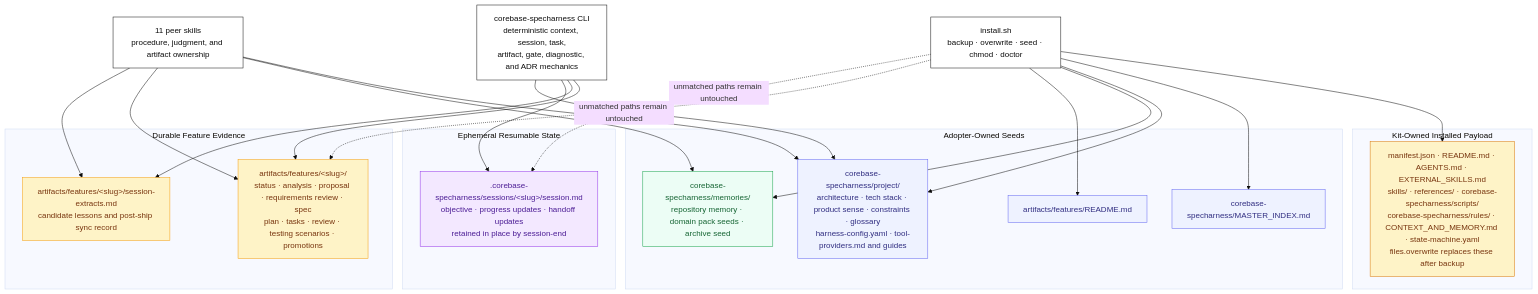
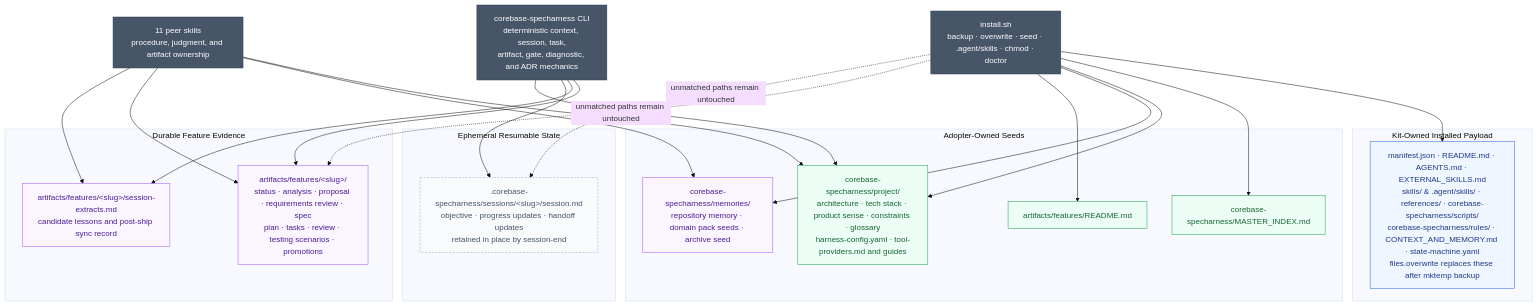
The diagram in documents/diagrams/source/system-design/persistence-classes.mmd (thaihai-swe/corebase-specharness), drawn with Mermaid (base theme) before and after one commit. The commit also changed 22 other files, not shown here.

First line of the commit message:
Refactor workflow diagrams and enhance documentation

```diff
--- a/documents/diagrams/source/system-design/persistence-classes.mmd
+++ b/documents/diagrams/source/system-design/persistence-classes.mmd
@@ -1,60 +1,61 @@
 flowchart TD
     %% Persistence Classes — implementation authority: manifest.json, handlers, skills, and context_state.py
+    %% Palette: documents/diagrams/source/_shared/palette.md
 
     subgraph KIT["Kit-Owned Installed Payload"]
-        KIT_FILES["manifest.json · README.md · AGENTS.md · EXTERNAL_SKILLS.md<br/>skills/ · references/ · corebase-specharness/scripts/<br/>corebase-specharness/rules/ · CONTEXT_AND_MEMORY.md · state-machine.yaml<br/>files.overwrite replaces these after backup"]:::kit
+        KIT_FILES["manifest.json · README.md · AGENTS.md · EXTERNAL_SKILLS.md<br/>skills/ &amp; .agent/skills/ · references/ · corebase-specharness/scripts/<br/>corebase-specharness/rules/ · CONTEXT_AND_MEMORY.md · state-machine.yaml<br/>files.overwrite replaces these after mktemp backup"]:::core
     end
 
     subgraph SEEDS["Adopter-Owned Seeds"]
-        INDEX["corebase-specharness/MASTER_INDEX.md"]:::seed
-        PROJECT["corebase-specharness/project/<br/>architecture · tech stack · product sense · constraints · glossary<br/>harness-config.yaml · tool-providers.md and guides"]:::seed
+        INDEX["corebase-specharness/MASTER_INDEX.md"]:::gate
+        PROJECT["corebase-specharness/project/<br/>architecture · tech stack · product sense · constraints · glossary<br/>harness-config.yaml · tool-providers.md and guides"]:::gate
         MEMORY["corebase-specharness/memories/<br/>repository memory · domain pack seeds · archive seed"]:::memory
-        FEATURE_README["artifacts/features/README.md"]:::seed
+        FEATURE_README["artifacts/features/README.md"]:::gate
     end
 
     subgraph FEATURE["Durable Feature Evidence"]
-        ART["artifacts/features/&lt;slug&gt;/<br/>status · analysis · proposal · requirements review · spec<br/>plan · tasks · review · testing scenarios · promotions"]:::feature
-        EXTRACTS["artifacts/features/&lt;slug&gt;/session-extracts.md<br/>candidate lessons and post-ship sync record"]:::feature
+        ART["artifacts/features/&lt;slug&gt;/<br/>status · analysis · proposal · requirements review · spec<br/>plan · tasks · review · testing scenarios · promotions"]:::memory
+        EXTRACTS["artifacts/features/&lt;slug&gt;/session-extracts.md<br/>candidate lessons and post-ship sync record"]:::memory
     end
 
     subgraph SESSION["Ephemeral Resumable State"]
-        SESS[".corebase-specharness/sessions/&lt;slug&gt;/session.md<br/>objective · progress updates · handoff updates<br/>retained in place by session-end"]:::session
+        SESS[".corebase-specharness/sessions/&lt;slug&gt;/session.md<br/>objective · progress updates · handoff updates<br/>retained in place by session-end"]:::optional
     end
 
-
-    INSTALL["install.sh<br/>backup · overwrite · seed · chmod · doctor"]:::writer
-    SKILLS["11 peer skills<br/>procedure, judgment, and artifact ownership"]:::writer
-    CLI["corebase-specharness CLI<br/>deterministic context, session, task,<br/>artifact, gate, diagnostic, and ADR mechanics"]:::writer
+    INSTALL["install.sh<br/>backup · overwrite · seed · .agent/skills · chmod · doctor"]:::agent
+    SKILLS["11 peer skills<br/>procedure, judgment, and artifact ownership"]:::agent
+    CLI["corebase-specharness CLI<br/>deterministic context, session, task,<br/>artifact, gate, diagnostic, and ADR mechanics"]:::agent
 
     INSTALL --> KIT_FILES
     INSTALL --> INDEX
     INSTALL --> PROJECT
     INSTALL --> MEMORY
     INSTALL --> FEATURE_README
 
     SKILLS --> PROJECT
     SKILLS --> MEMORY
     SKILLS --> ART
     SKILLS --> EXTRACTS
 
     CLI --> ART
     CLI --> EXTRACTS
     CLI --> SESS
     CLI --> PROJECT
 
     INSTALL -.->|unmatched paths remain untouched| ART
     INSTALL -.->|unmatched paths remain untouched| SESS
 
-    classDef kit fill:#fef3c7,stroke:#d97706,color:#78350f
-    classDef seed fill:#eef2ff,stroke:#6366f1,color:#312e81
-    classDef memory fill:#ecfdf5,stroke:#16a34a,color:#166534
-    classDef feature fill:#fef3c7,stroke:#f59e0b,color:#78350f
-    classDef session fill:#f3e8ff,stroke:#9333ea,color:#4c1d95
-    classDef writer fill:#fff,stroke:#0d0d0d,color:#0d0d0d
+    classDef terminal fill:#111827,stroke:#111827,color:#fff
+    classDef core fill:#eff6ff,stroke:#2563eb,color:#1e3a8a
+    classDef gate fill:#ecfdf5,stroke:#16a34a,color:#166534
+    classDef decision fill:#fff7ed,stroke:#f59e0b,color:#78350f
+    classDef optional fill:#f8fafc,stroke:#94a3b8,color:#475569,stroke-dasharray:4 3
+    classDef external fill:#f0f9ff,stroke:#0ea5e9,color:#0c4a6e
+    classDef memory fill:#faf5ff,stroke:#a855f7,color:#4c1d95
+    classDef agent fill:#475569,stroke:#334155,color:#fff
 
-    class KIT_FILES kit
-    class INDEX,PROJECT,FEATURE_README seed
-    class MEMORY memory
-    class ART,EXTRACTS feature
-    class SESS session
-    class INSTALL,SKILLS,CLI writer
+    class KIT_FILES core
+    class INDEX,PROJECT,FEATURE_README gate
+    class MEMORY,ART,EXTRACTS memory
+    class SESS optional
+    class INSTALL,SKILLS,CLI agent
```
